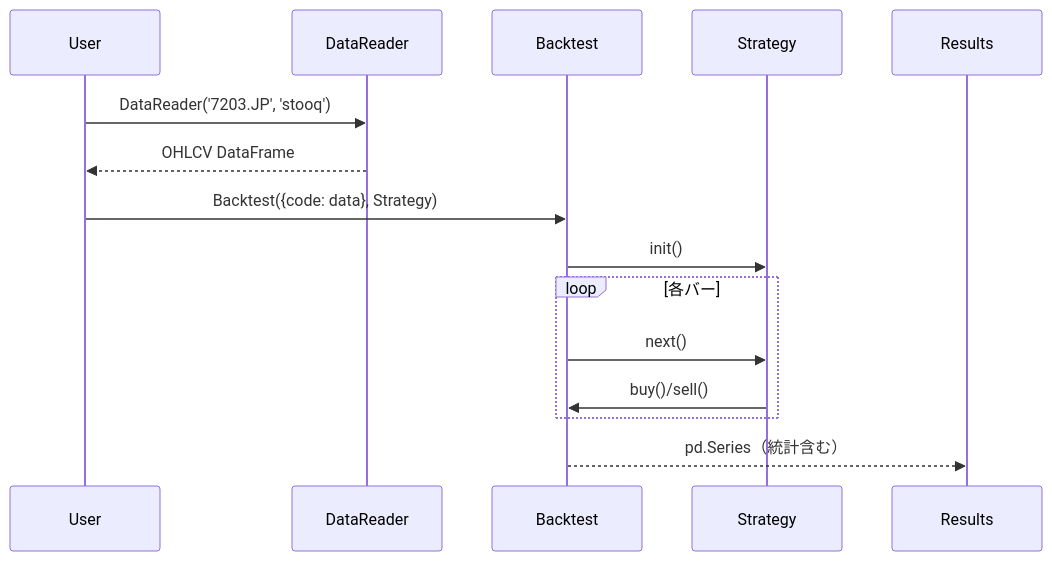
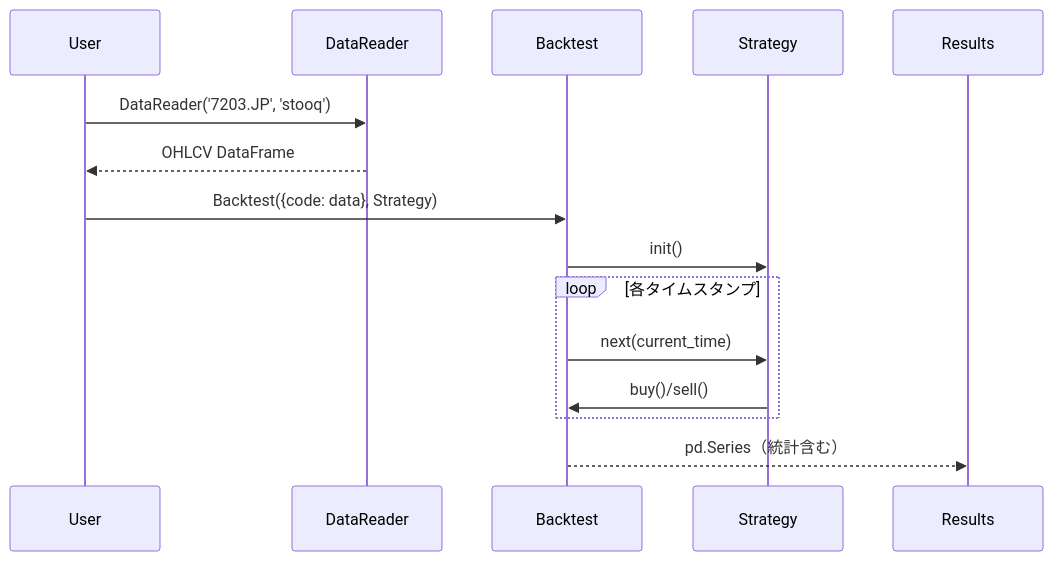
The diagram in docs/tutorial.md (BackcastPro/BackcastPro), drawn with Mermaid before and after one commit. The commit also changed other lines of this file and 3 other files, not shown here.

````diff
--- a/docs/tutorial.md
+++ b/docs/tutorial.md
@@ -23,17 +25,17 @@
 ```mermaid
 sequenceDiagram
     participant U as User
     participant D as DataReader
     participant B as Backtest
     participant S as Strategy
     participant R as Results
     U->>D: DataReader('7203.JP', 'stooq')
     D-->>U: OHLCV DataFrame
     U->>B: Backtest({code: data}, Strategy)
     B->>S: init()
-    loop 各バー
-        B->>S: next()
+    loop 各タイムスタンプ
+        B->>S: next(current_time)
         S->>B: buy()/sell()
     end
     B-->>R: pd.Series（統計含む）
 ```
````
